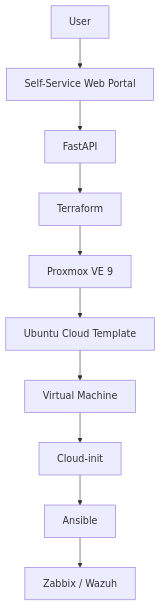
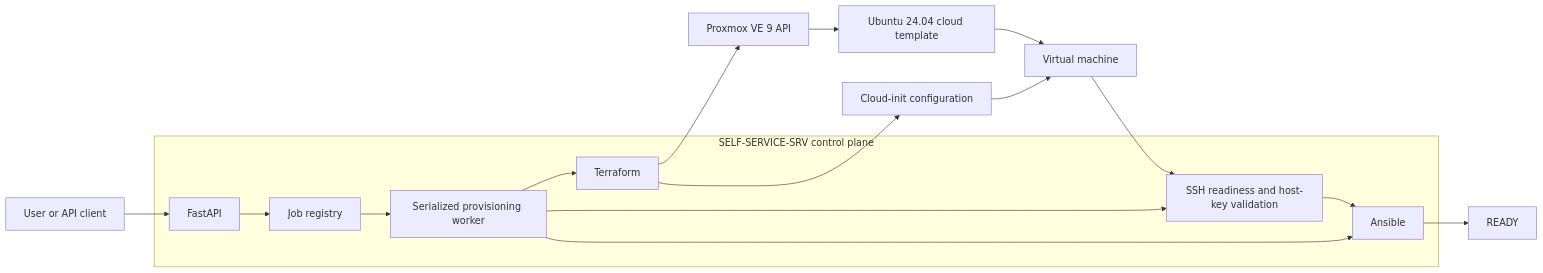
One commit to murilorosa-beep/proxmox-self-service-platform changed the first of 5 diagrams in docs/architecture.md. Above: the diagram before and after it, drawn with Mermaid. The commit also changed other lines of this file and 3 other files, not shown here.

Commit message:
Document self-service provisioning architecture and workflow

````diff
--- a/docs/architecture.md
+++ b/docs/architecture.md
@@ -9,12 +9,21 @@
 ```mermaid
-flowchart TD
-    User[User] --> Portal[Self-Service Web Portal]
-    Portal --> API[FastAPI]
-    API --> Terraform[Terraform]
-    Terraform --> Proxmox[Proxmox VE 9]
-    Proxmox --> Template[Ubuntu Cloud Template]
-    Template --> VM[Virtual Machine]
-    VM --> CloudInit[Cloud-init]
-    CloudInit --> Ansible[Ansible]
-    Ansible --> Observability[Zabbix / Wazuh]
+flowchart LR
+    Client[User or API client] --> API[FastAPI]
+
+    subgraph ControlPlane[SELF-SERVICE-SRV control plane]
+        API --> Jobs[Job registry]
+        Jobs --> Worker[Serialized provisioning worker]
+        Worker --> TF[Terraform]
+        Worker --> SSH[SSH readiness and host-key validation]
+        Worker --> ANS[Ansible]
+    end
+
+    TF --> PVE[Proxmox VE 9 API]
+    PVE --> Template[Ubuntu 24.04 cloud template]
+    Template --> VM[Virtual machine]
+    TF --> CI[Cloud-init configuration]
+    CI --> VM
+    VM --> SSH
+    SSH --> ANS
+    ANS --> Ready[READY]
 ```
````
